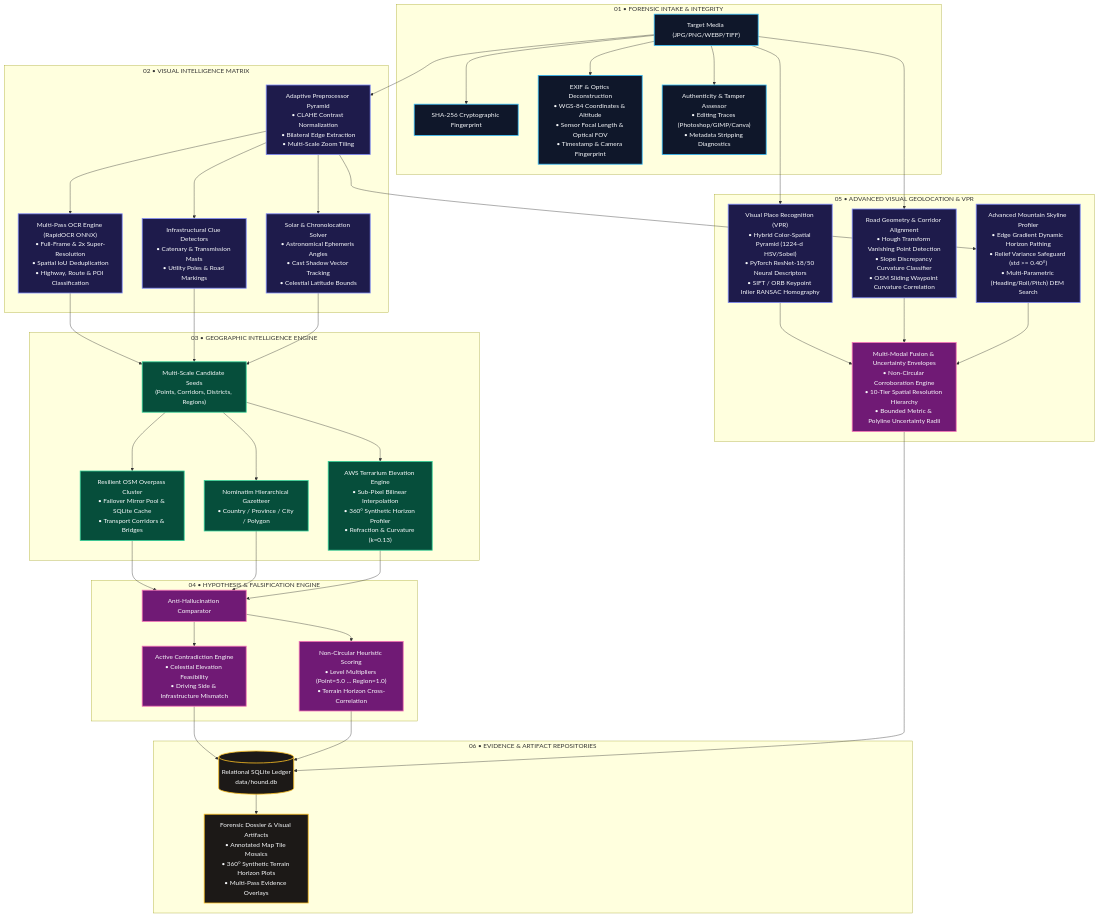
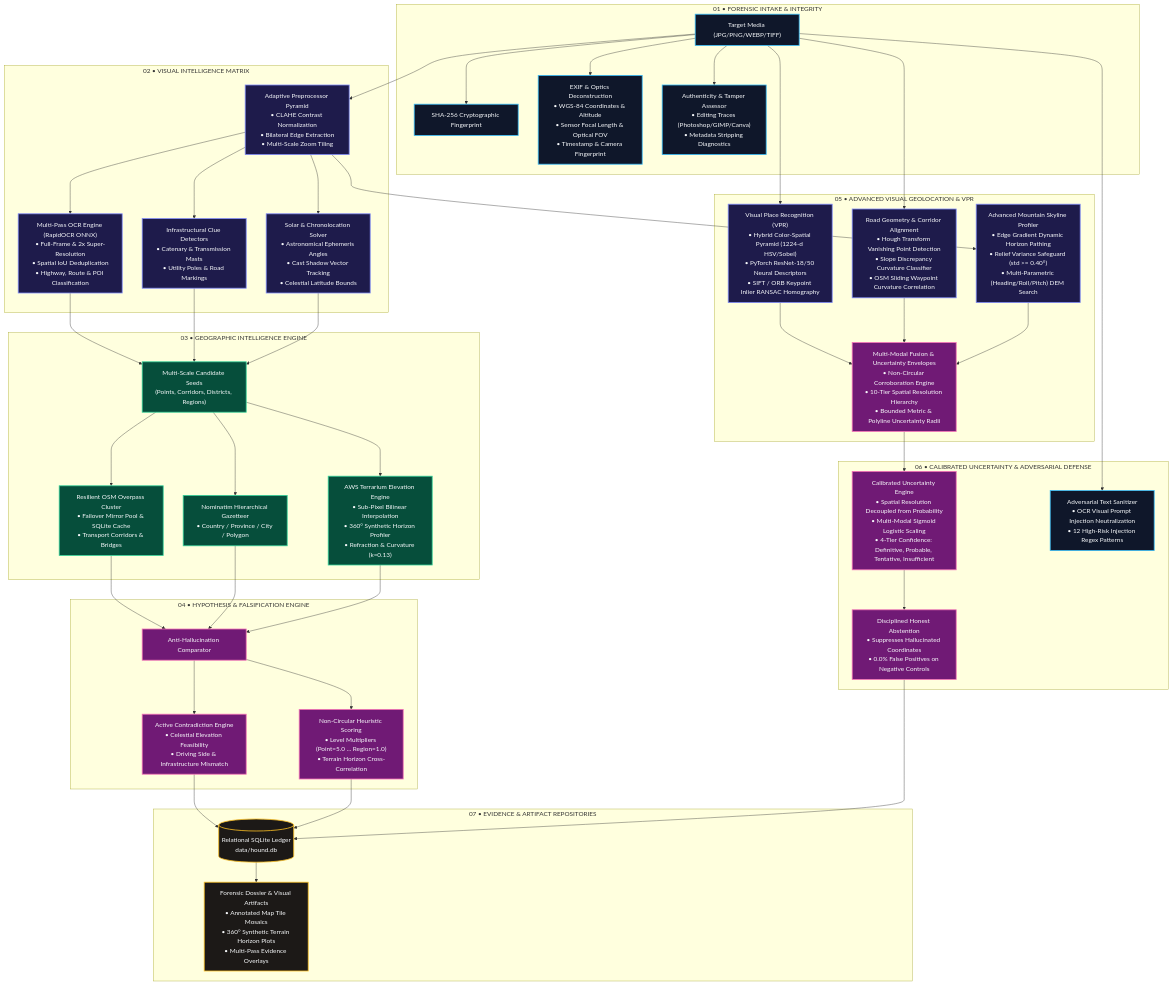
Before and after one commit to AIwolfie/Hound: the diagram in README.md, drawn with Mermaid. The commit also changed other lines of this file and 29 other files, not shown here.

Commit message:
feat(phase6): implement real-world validation, open-set benchmarking, calibration engine, and adversarial defenses

````diff
--- a/README.md
+++ b/README.md
@@ -44,48 +44,54 @@
 ```mermaid
 flowchart TB
     %% STYLES
     classDef intake fill:#0f172a,stroke:#38bdf8,stroke-width:2px,color:#f8fafc;
     classDef vision fill:#1e1b4b,stroke:#818cf8,stroke-width:2px,color:#f8fafc;
     classDef geo fill:#064e3b,stroke:#34d399,stroke-width:2px,color:#f8fafc;
     classDef agent fill:#701a75,stroke:#f472b6,stroke-width:2px,color:#f8fafc;
     classDef store fill:#1c1917,stroke:#fbbf24,stroke-width:2px,color:#f8fafc;
 
     subgraph PHASE1 ["01 • FORENSIC INTAKE & INTEGRITY"]
         RAW["Target Media (JPG/PNG/WEBP/TIFF)"]:::intake
         RAW --> HASH["SHA-256 Cryptographic Fingerprint"]:::intake
         RAW --> EXIF["EXIF & Optics Deconstruction<br/>• WGS-84 Coordinates & Altitude<br/>• Sensor Focal Length & Optical FOV<br/>• Timestamp & Camera Fingerprint"]:::intake
         RAW --> TAMPER["Authenticity & Tamper Assessor<br/>• Editing Traces (Photoshop/GIMP/Canva)<br/>• Metadata Stripping Diagnostics"]:::intake
     end
 
     subgraph PHASE2 ["02 • VISUAL INTELLIGENCE MATRIX"]
         RAW --> PREP["Adaptive Preprocessor Pyramid<br/>• CLAHE Contrast Normalization<br/>• Bilateral Edge Extraction<br/>• Multi-Scale Zoom Tiling"]:::vision
         PREP --> OCR["Multi-Pass OCR Engine (RapidOCR ONNX)<br/>• Full-Frame & 2x Super-Resolution<br/>• Spatial IoU Deduplication<br/>• Highway, Route & POI Classification"]:::vision
         PREP --> INFRA["Infrastructural Clue Detectors<br/>• Catenary & Transmission Masts<br/>• Utility Poles & Road Markings"]:::vision
         PREP --> SOLAR["Solar & Chronolocation Solver<br/>• Astronomical Ephemeris Angles<br/>• Cast Shadow Vector Tracking<br/>• Celestial Latitude Bounds"]:::vision
     end
 
     subgraph PHASE3 ["03 • GEOGRAPHIC INTELLIGENCE ENGINE"]
         OCR & INFRA & SOLAR --> SEEDS["Multi-Scale Candidate Seeds<br/>(Points, Corridors, Districts, Regions)"]:::geo
         SEEDS --> OVERPASS["Resilient OSM Overpass Cluster<br/>• Failover Mirror Pool & SQLite Cache<br/>• Transport Corridors & Bridges"]:::geo
         SEEDS --> GAZETTEER["Nominatim Hierarchical Gazetteer<br/>• Country / Province / City / Polygon"]:::geo
         SEEDS --> DEM["AWS Terrarium Elevation Engine<br/>• Sub-Pixel Bilinear Interpolation<br/>• 360° Synthetic Horizon Profiler<br/>• Refraction & Curvature (k=0.13)"]:::geo
     end
 
     subgraph PHASE4 ["04 • HYPOTHESIS & FALSIFICATION ENGINE"]
         OVERPASS & GAZETTEER & DEM --> COMPARATOR["Anti-Hallucination Comparator"]:::agent
         COMPARATOR --> FALSIFY["Active Contradiction Engine<br/>• Celestial Elevation Feasibility<br/>• Driving Side & Infrastructure Mismatch"]:::agent
         COMPARATOR --> BREAKDOWN["Non-Circular Heuristic Scoring<br/>• Level Multipliers (Point=5.0 ... Region=1.0)<br/>• Terrain Horizon Cross-Correlation"]:::agent
     end
 
     subgraph PHASE5 ["05 • ADVANCED VISUAL GEOLOCATION & VPR"]
         RAW --> VPR["Visual Place Recognition (VPR)<br/>• Hybrid Color-Spatial Pyramid (1224-d HSV/Sobel)<br/>• PyTorch ResNet-18/50 Neural Descriptors<br/>• SIFT / ORB Keypoint Inlier RANSAC Homography"]:::vision
         RAW --> ROAD["Road Geometry & Corridor Alignment<br/>• Hough Transform Vanishing Point Detection<br/>• Slope Discrepancy Curvature Classifier<br/>• OSM Sliding Waypoint Curvature Correlation"]:::vision
         PREP --> SKYLINE["Advanced Mountain Skyline Profiler<br/>• Edge Gradient Dynamic Horizon Pathing<br/>• Relief Variance Safeguard (std >= 0.40°)<br/>• Multi-Parametric (Heading/Roll/Pitch) DEM Search"]:::vision
         VPR & ROAD & SKYLINE --> RANKER["Multi-Modal Fusion & Uncertainty Envelopes<br/>• Non-Circular Corroboration Engine<br/>• 10-Tier Spatial Resolution Hierarchy<br/>• Bounded Metric & Polyline Uncertainty Radii"]:::agent
     end
 
-    subgraph STORAGE ["06 • EVIDENCE & ARTIFACT REPOSITORIES"]
-        FALSIFY & BREAKDOWN & RANKER --> LEDGER[("Relational SQLite Ledger<br/>data/hound.db")]:::store
+    subgraph PHASE6 ["06 • CALIBRATED UNCERTAINTY & ADVERSARIAL DEFENSE"]
+        RANKER --> CALIBRATE["Calibrated Uncertainty Engine<br/>• Spatial Resolution Decoupled from Probability<br/>• Multi-Modal Sigmoid Logistic Scaling<br/>• 4-Tier Confidence: Definitive, Probable, Tentative, Insufficient"]:::agent
+        RAW --> SANITIZE["Adversarial Text Sanitizer<br/>• OCR Visual Prompt Injection Neutralization<br/>• 12 High-Risk Injection Regex Patterns"]:::intake
+        CALIBRATE --> ABSTAIN["Disciplined Honest Abstention<br/>• Suppresses Hallucinated Coordinates<br/>• 0.0% False Positives on Negative Controls"]:::agent
+    end
+
+    subgraph STORAGE ["07 • EVIDENCE & ARTIFACT REPOSITORIES"]
+        FALSIFY & BREAKDOWN & ABSTAIN --> LEDGER[("Relational SQLite Ledger<br/>data/hound.db")]:::store
         LEDGER --> VISUALS["Forensic Dossier & Visual Artifacts<br/>• Annotated Map Tile Mosaics<br/>• 360° Synthetic Terrain Horizon Plots<br/>• Multi-Pass Evidence Overlays"]:::store
     end
 ```
````
